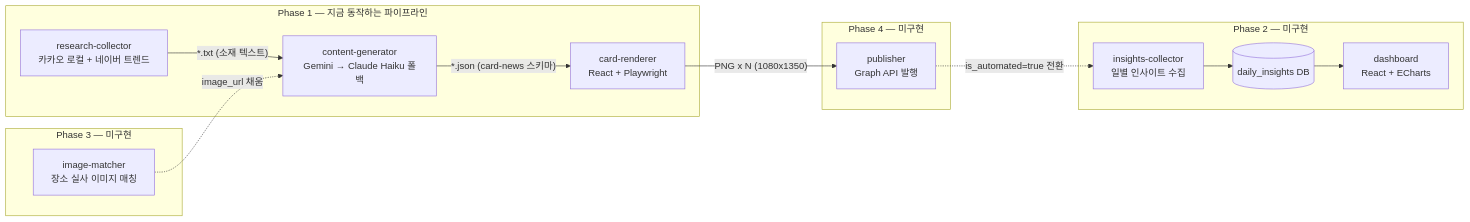
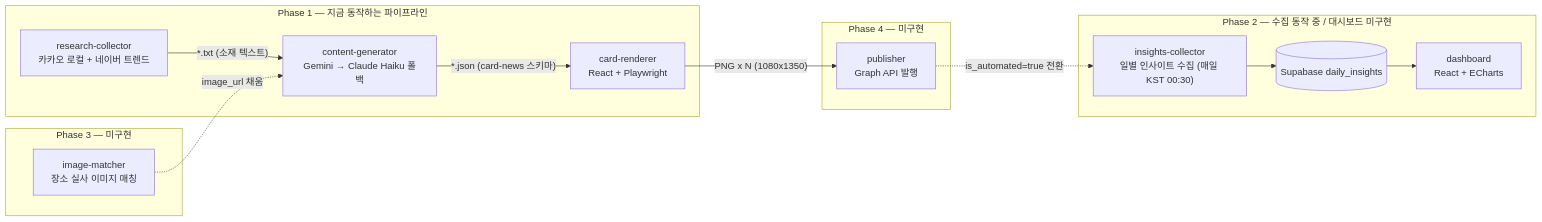
The diagram in README.md (7saval/cardnews), drawn with Mermaid before and after one commit. The commit also changed other lines of this file and 4 other files, not shown here.

````diff
--- a/README.md
+++ b/README.md
@@ -15,30 +15,30 @@
 ```mermaid
 flowchart LR
     subgraph Phase1["Phase 1 — 지금 동작하는 파이프라인"]
         RC["research-collector<br/>카카오 로컬 + 네이버 트렌드"]
         CG["content-generator<br/>Gemini → Claude Haiku 폴백"]
         CR["card-renderer<br/>React + Playwright"]
         RC -->|"*.txt (소재 텍스트)"| CG
         CG -->|"*.json (card-news 스키마)"| CR
     end
 
     CR -->|"PNG x N (1080x1350)"| Publish
 
     subgraph Phase3["Phase 3 — 미구현"]
         IM["image-matcher<br/>장소 실사 이미지 매칭"]
     end
     IM -.->|"image_url 채움"| CG
 
     subgraph Phase4["Phase 4 — 미구현"]
         Publish["publisher<br/>Graph API 발행"]
     end
 
-    subgraph Phase2["Phase 2 — 미구현"]
-        IC["insights-collector<br/>일별 인사이트 수집"]
-        DB[("daily_insights DB")]
+    subgraph Phase2["Phase 2 — 수집 동작 중 / 대시보드 미구현"]
+        IC["insights-collector<br/>일별 인사이트 수집 (매일 KST 00:30)"]
+        DB[("Supabase daily_insights")]
         DASH["dashboard<br/>React + ECharts"]
         IC --> DB --> DASH
     end
 
     Publish -.->|"is_automated=true 전환"| IC
 ```
````
